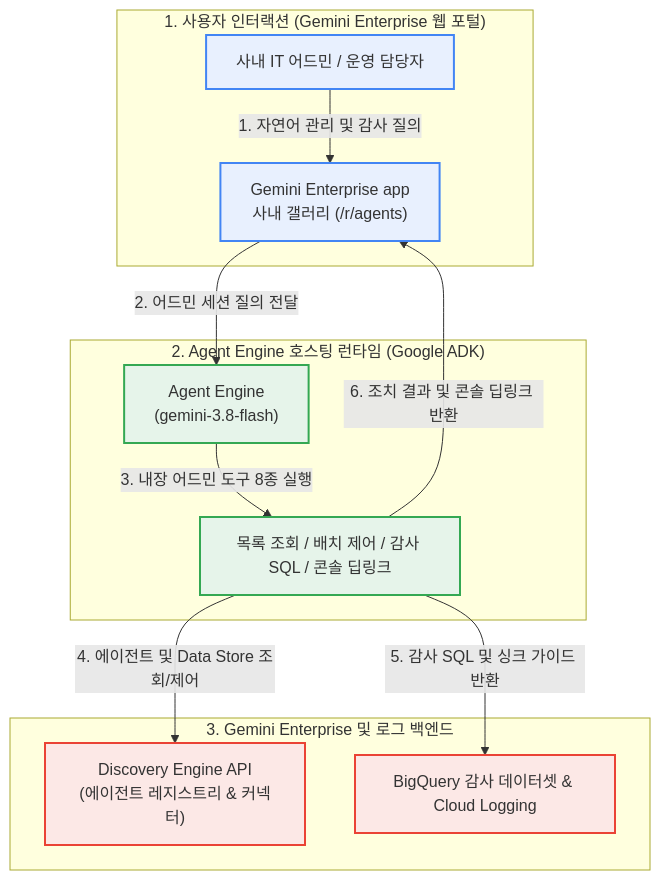
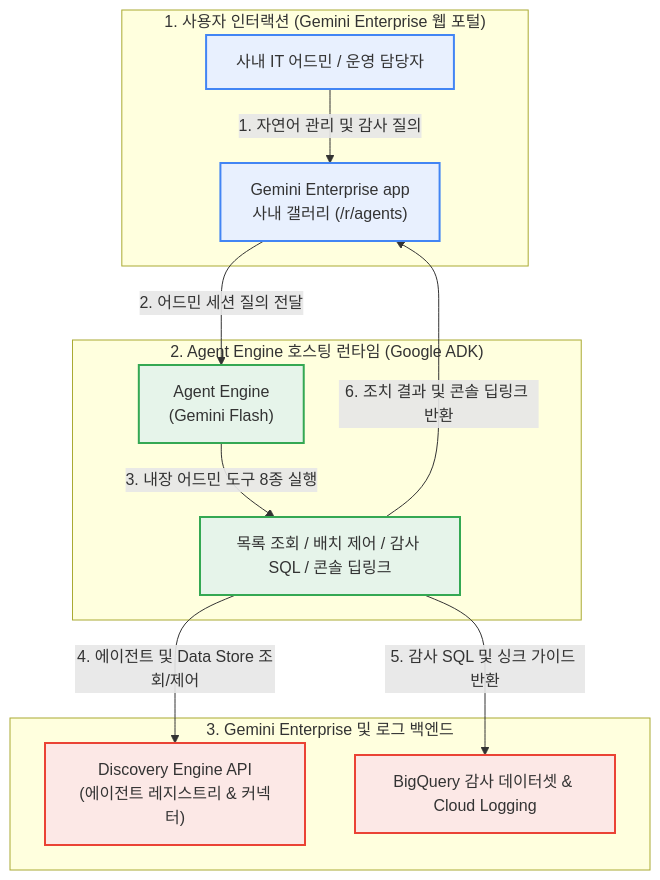
One commit to jiangjun-forge/google-cloud-0-to-1 changed the diagram in samples/gemini-enterprise-factory-admin/README.md. Above: the diagram before and after it, drawn with Mermaid. The commit also changed other lines of this file and 229 other files, not shown here.

````diff
--- a/samples/gemini-enterprise-factory-admin/README.md
+++ b/samples/gemini-enterprise-factory-admin/README.md
@@ -87,26 +87,26 @@
 ```mermaid
 flowchart TB
     subgraph Client["1. 사용자 인터랙션 (Gemini Enterprise 웹 포털)"]
         AdminUser["사내 IT 어드민 / 운영 담당자"] -->|"1. 자연어 관리 및 감사 질의"| GEApp["Gemini Enterprise app<br/>사내 갤러리 (/r/agents)"]
     end
 
     subgraph Runtime["2. Agent Engine 호스팅 런타임 (Google ADK)"]
-        GEApp -->|"2. 어드민 세션 질의 전달"| Engine["Agent Engine<br/>(gemini-3.8-flash)"]
+        GEApp -->|"2. 어드민 세션 질의 전달"| Engine["Agent Engine<br/>(Gemini Flash)"]
         Engine -->|"3. 내장 어드민 도구 8종 실행"| Tools["목록 조회 / 배치 제어 / 감사 SQL / 콘솔 딥링크"]
     end
 
     subgraph Backend["3. Gemini Enterprise 및 로그 백엔드"]
         Tools -->|"4. 에이전트 및 Data Store 조회/제어"| DiscEng["Discovery Engine API<br/>(에이전트 레지스트리 & 커넥터)"]
         Tools -->|"5. 감사 SQL 및 싱크 가이드 반환"| Audit["BigQuery 감사 데이터셋 & Cloud Logging"]
     end
 
     Tools -->|"6. 조치 결과 및 콘솔 딥링크 반환"| GEApp
 
     classDef portal fill:#e8f0fe,stroke:#4285f4,stroke-width:2px;
     classDef runtime fill:#e6f4ea,stroke:#34a853,stroke-width:2px;
     classDef backend fill:#fce8e6,stroke:#ea4335,stroke-width:2px;
 
     class AdminUser,GEApp portal;
     class Engine,Tools runtime;
     class DiscEng,Audit backend;
 ```
````
